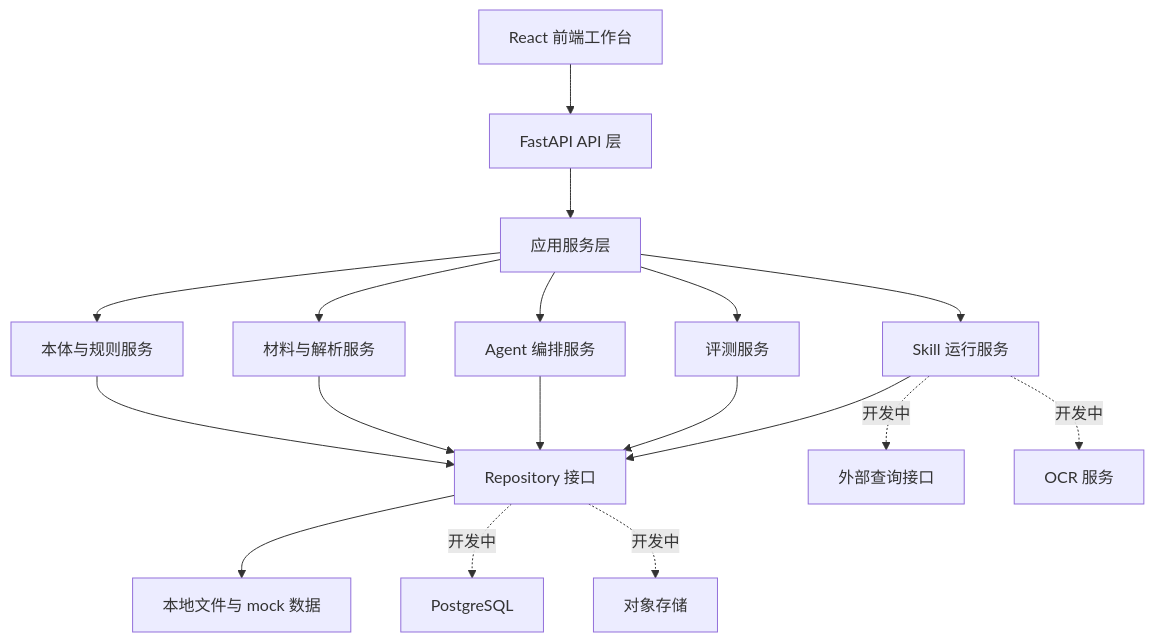
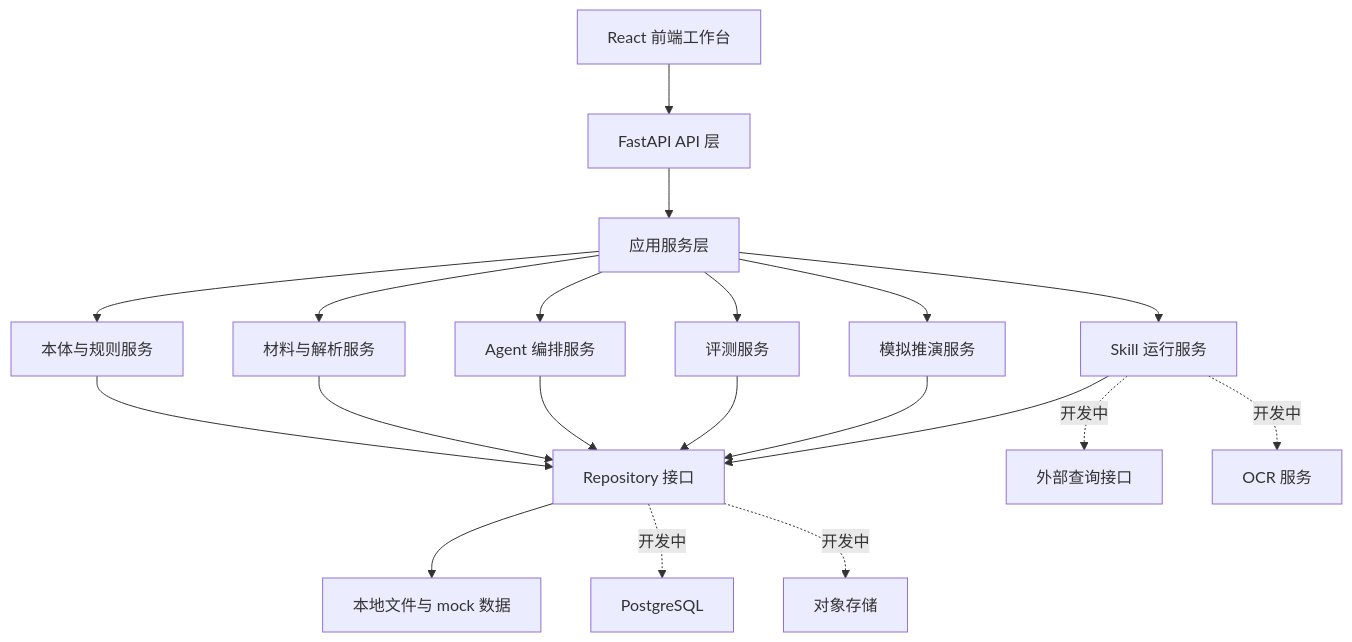
One commit to tianqi0514/onto-pro changed the first of 3 diagrams in 需求与设计文档/06-技术选型与架构设计.md. Above: the diagram before and after it, drawn with Mermaid. The commit also changed other lines of this file and 1 other file, not shown here.

````diff
--- a/需求与设计文档/06-技术选型与架构设计.md
+++ b/需求与设计文档/06-技术选型与架构设计.md
@@ -99,20 +99,22 @@
 ```mermaid
 flowchart TD
   UI[React 前端工作台] --> API[FastAPI API 层]
   API --> APP[应用服务层]
   APP --> ONT[本体与规则服务]
   APP --> DOC[材料与解析服务]
   APP --> AGT[Agent 编排服务]
   APP --> EVA[评测服务]
+  APP --> SIM[模拟推演服务]
   APP --> SKL[Skill 运行服务]
   ONT --> REPO[Repository 接口]
   DOC --> REPO
   AGT --> REPO
   EVA --> REPO
+  SIM --> REPO
   SKL --> REPO
   REPO --> LOCAL[本地文件与 mock 数据]
   REPO -.开发中.-> PG[PostgreSQL]
   REPO -.开发中.-> OBJ[对象存储]
   SKL -.开发中.-> EXT[外部查询接口]
   SKL -.开发中.-> OCR[OCR 服务]
 ```
````
